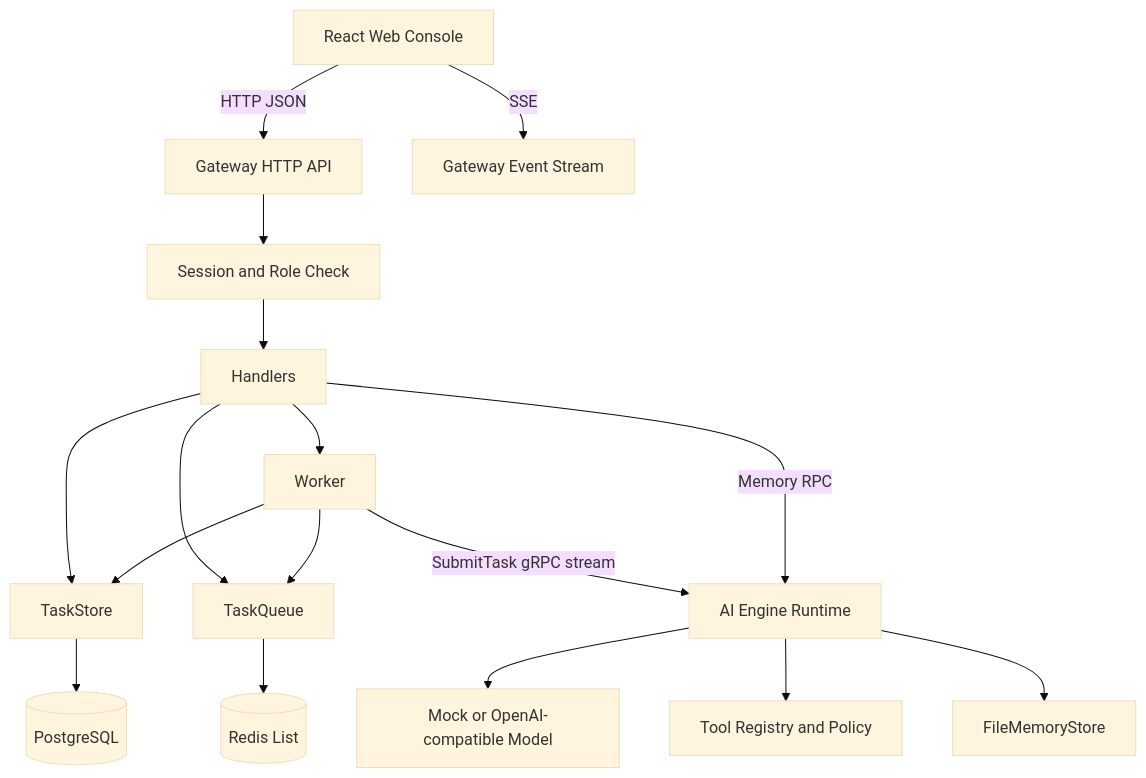
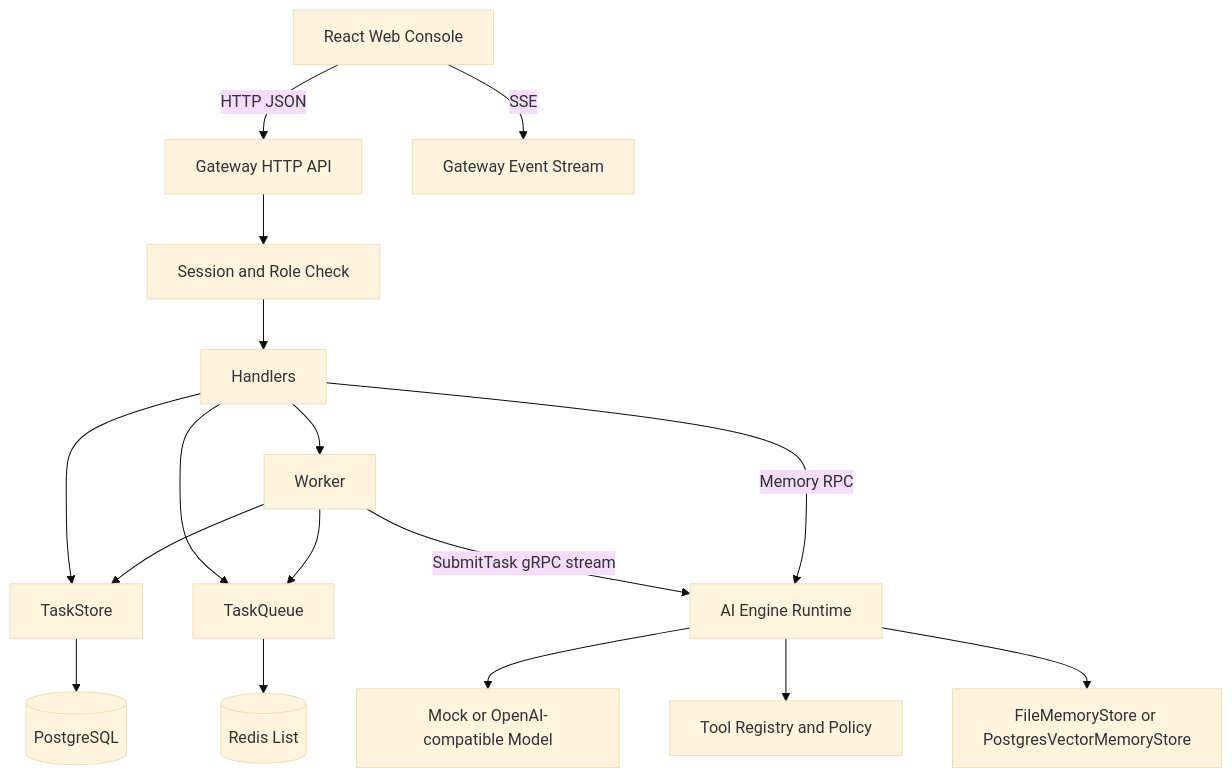
Before and after one commit to SymphonyW/Synapse: the diagram in doc/01-总体架构.md, drawn with Mermaid (base theme). The commit also changed other lines of this file and 24 other files, not shown here.

````diff
--- a/doc/01-总体架构.md
+++ b/doc/01-总体架构.md
@@ -16,19 +16,19 @@
 ```mermaid
 flowchart TD
     Web[React Web Console] -->|HTTP JSON| API[Gateway HTTP API]
     Web -->|SSE| EventStream[Gateway Event Stream]
     API --> Auth[Session and Role Check]
     Auth --> Handler[Handlers]
     Handler --> Store[TaskStore]
     Handler --> Queue[TaskQueue]
     Handler --> Worker[Worker]
     Worker --> Queue
     Worker --> Store
     Worker -->|SubmitTask gRPC stream| Runtime[AI Engine Runtime]
     Handler -->|Memory RPC| Runtime
     Runtime --> Provider[Mock or OpenAI-compatible Model]
     Runtime --> Tools[Tool Registry and Policy]
-    Runtime --> Memory[FileMemoryStore]
+    Runtime --> Memory[FileMemoryStore or PostgresVectorMemoryStore]
     Store --> Postgres[(PostgreSQL)]
     Queue --> Redis[(Redis List)]
 ```
````
